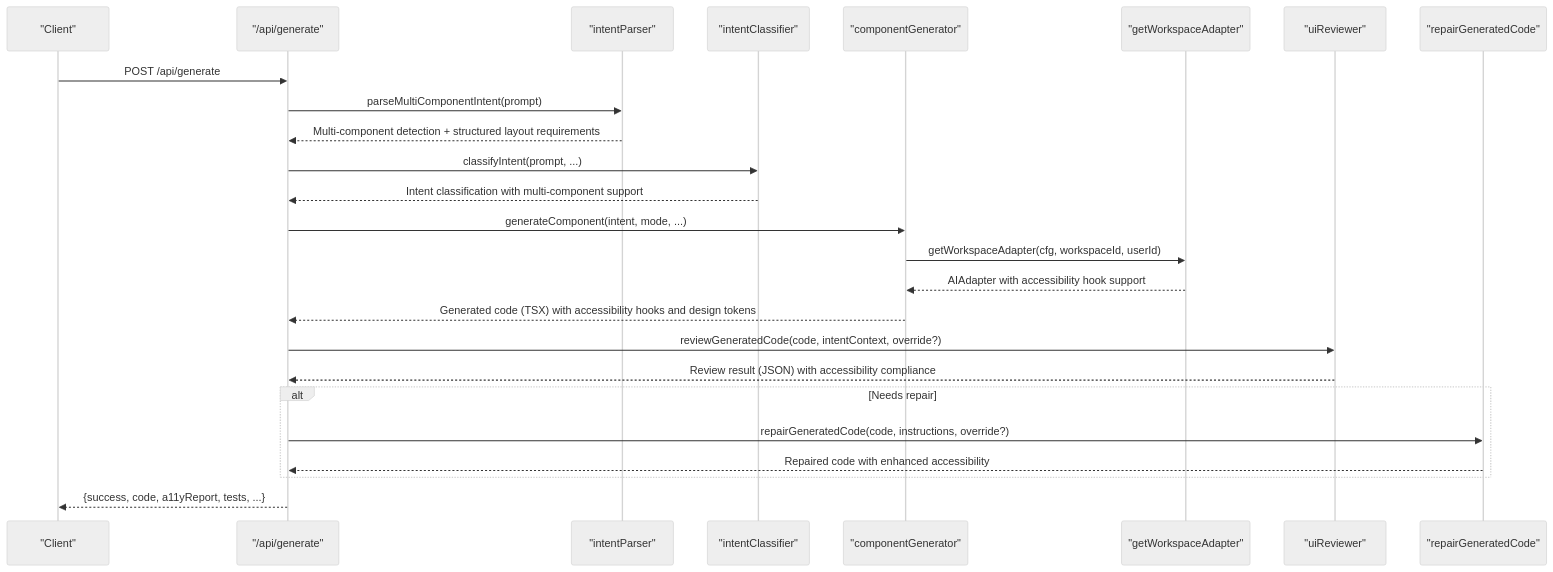
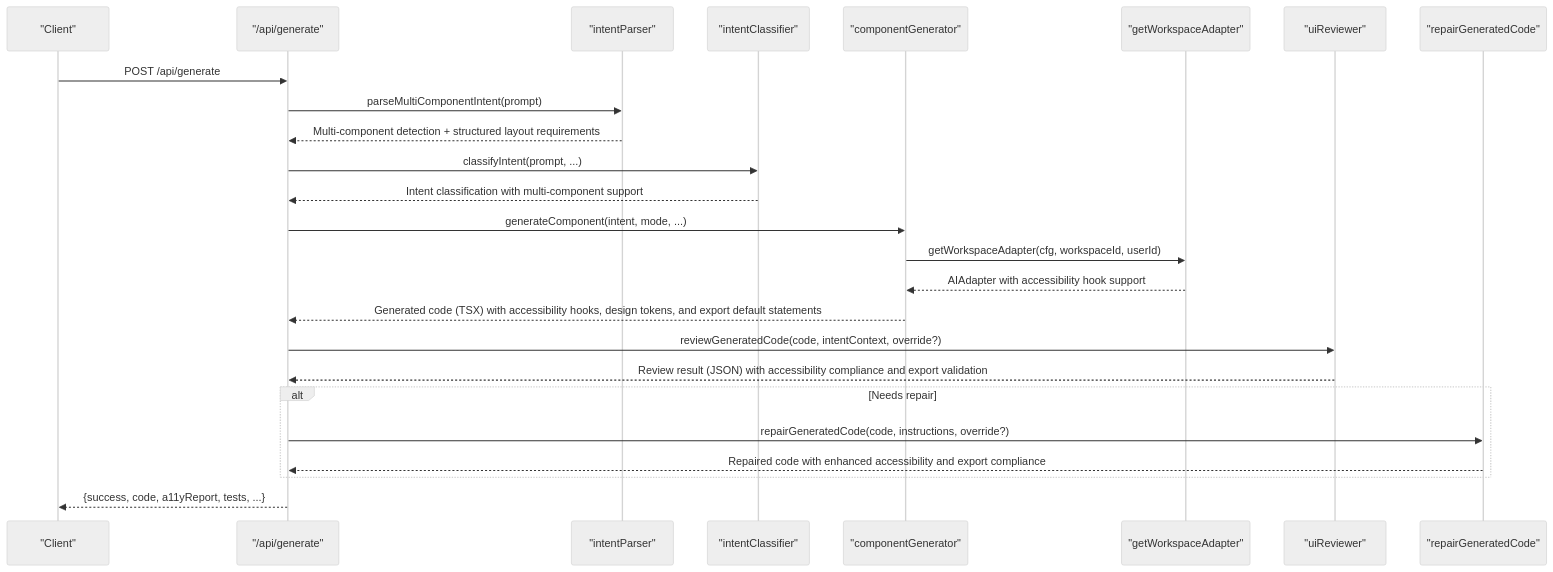
The second of 11 diagrams in .qoder/repowiki/en/content/AI Generation Engine/AI Generation Engine.md (shekhargiri005-dotcom/AI-powered-accessibility-first-UI-engine), drawn with Mermaid (neutral theme) before and after one commit. The commit also changed other lines of this file and 6 other files, not shown here.

````diff
--- a/.qoder/repowiki/en/content/AI Generation Engine/AI Generation Engine.md
+++ b/.qoder/repowiki/en/content/AI Generation Engine/AI Generation Engine.md
@@ -176,27 +178,27 @@
 ```mermaid
 sequenceDiagram
 participant Client as "Client"
 participant GenRoute as "/api/generate"
 participant Parser as "intentParser"
 participant Classifier as "intentClassifier"
 participant Gen as "componentGenerator"
 participant Adapter as "getWorkspaceAdapter"
 participant Review as "uiReviewer"
 participant Repair as "repairGeneratedCode"
 Client->>GenRoute : POST /api/generate
 GenRoute->>Parser : parseMultiComponentIntent(prompt)
 Parser-->>GenRoute : Multi-component detection + structured layout requirements
 GenRoute->>Classifier : classifyIntent(prompt, ...)
 Classifier-->>GenRoute : Intent classification with multi-component support
 GenRoute->>Gen : generateComponent(intent, mode, ...)
 Gen->>Adapter : getWorkspaceAdapter(cfg, workspaceId, userId)
 Adapter-->>Gen : AIAdapter with accessibility hook support
-Gen-->>GenRoute : Generated code (TSX) with accessibility hooks and design tokens
+Gen-->>GenRoute : Generated code (TSX) with accessibility hooks, design tokens, and export default statements
 GenRoute->>Review : reviewGeneratedCode(code, intentContext, override?)
-Review-->>GenRoute : Review result (JSON) with accessibility compliance
+Review-->>GenRoute : Review result (JSON) with accessibility compliance and export validation
 alt Needs repair
 GenRoute->>Repair : repairGeneratedCode(code, instructions, override?)
-Repair-->>GenRoute : Repaired code with enhanced accessibility
+Repair-->>GenRoute : Repaired code with enhanced accessibility and export compliance
 end
 GenRoute-->>Client : {success, code, a11yReport, tests, ...}
 ```
````
